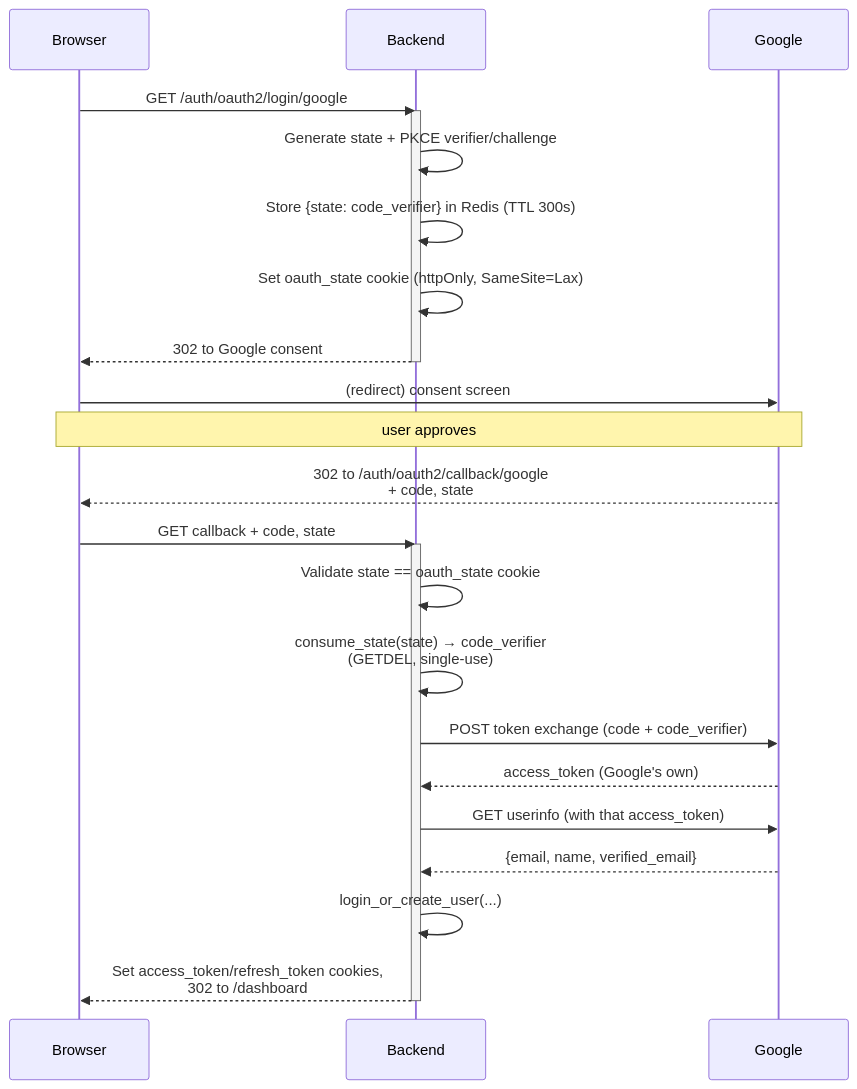
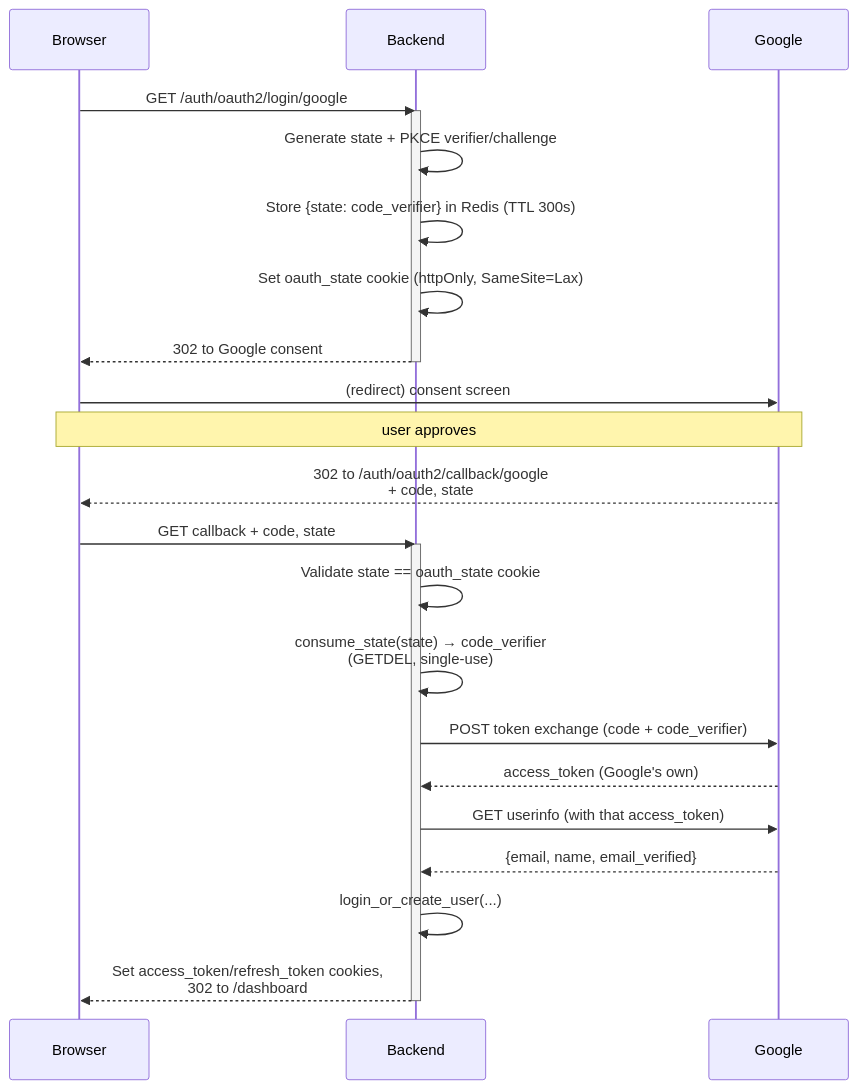
One commit to Nachiket-2024/manifest-cv changed the diagram in docs/mystic_auth/authentication/oauth2-pkce.md. Above: the diagram before and after it, drawn with Mermaid. The commit also changed other lines of this file and 89 other files, not shown here.

````diff
--- a/docs/mystic_auth/authentication/oauth2-pkce.md
+++ b/docs/mystic_auth/authentication/oauth2-pkce.md
@@ -18,30 +18,30 @@
 ```mermaid
 sequenceDiagram
     participant B as Browser
     participant S as Backend
     participant G as Google
 
     B->>S: GET /auth/oauth2/login/google
     activate S
     S->>S: Generate state + PKCE verifier/challenge
     S->>S: Store {state: code_verifier} in Redis (TTL 300s)
     S->>S: Set oauth_state cookie (httpOnly, SameSite=Lax)
     S-->>B: 302 to Google consent
     deactivate S
 
     B->>G: (redirect) consent screen
     Note over B,G: user approves
     G-->>B: 302 to /auth/oauth2/callback/google<br/>+ code, state
 
     B->>S: GET callback + code, state
     activate S
     S->>S: Validate state == oauth_state cookie
     S->>S: consume_state(state) → code_verifier<br/>(GETDEL, single-use)
     S->>G: POST token exchange (code + code_verifier)
     G-->>S: access_token (Google's own)
     S->>G: GET userinfo (with that access_token)
-    G-->>S: {email, name, verified_email}
+    G-->>S: {email, name, email_verified}
     S->>S: login_or_create_user(...)
     S-->>B: Set access_token/refresh_token cookies,<br/>302 to /dashboard
     deactivate S
 ```
````
